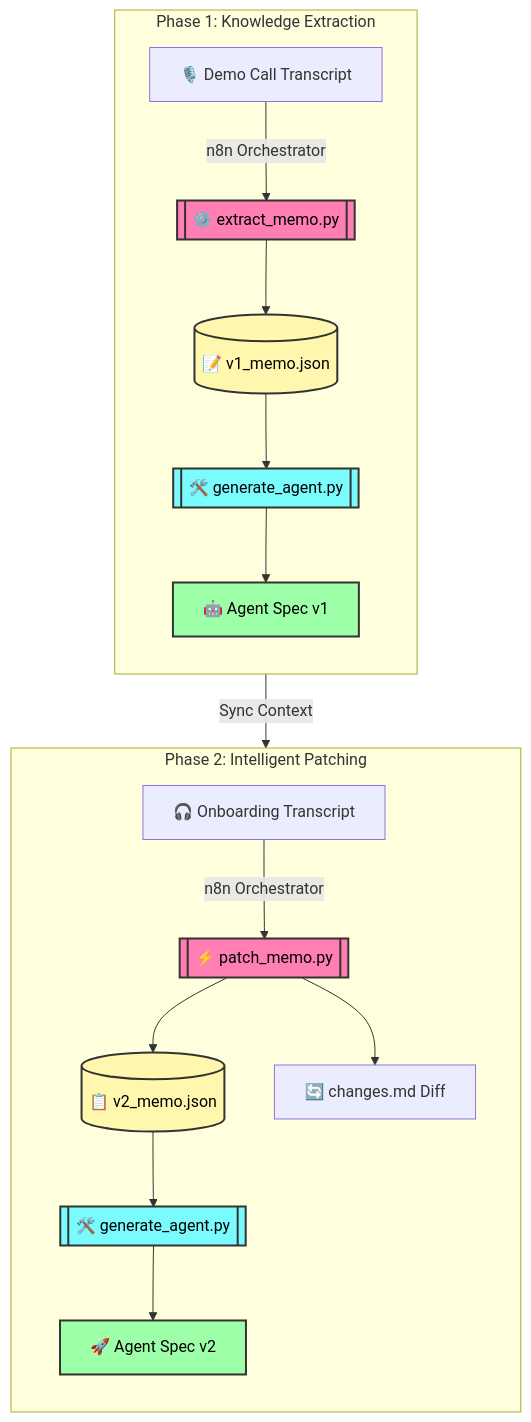
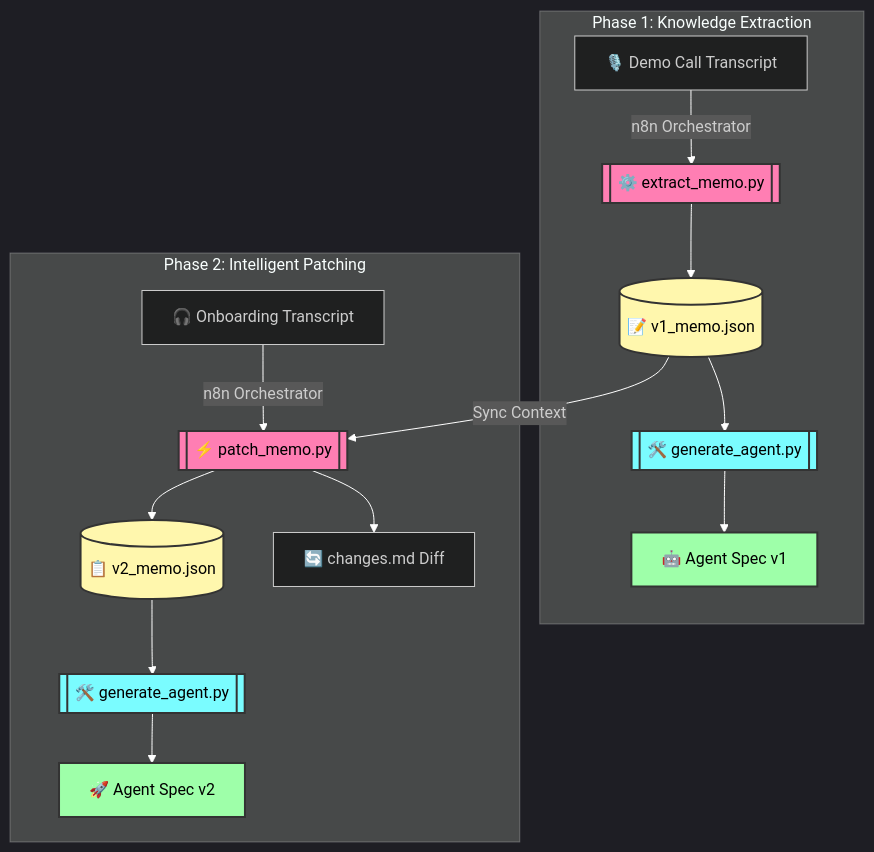
Before and after one commit to Jatin5760/clara-automation-pipeline: the diagram in README.md, drawn with Mermaid. The commit also changed other lines of this file, not shown here.

Commit message:
docs: add Audit Log section to Results Showcase and fix Mermaid contrast

````diff
--- a/README.md
+++ b/README.md
@@ -30,44 +30,43 @@
 ```mermaid
+%%{init: {'theme': 'dark', 'themeVariables': { 'background': '#000000', 'primaryTextColor': '#ffffff', 'lineColor': '#ffffff'}}}%%
 graph TD
     %% Node Definitions
     A1[🎙️ Demo Call Transcript]
     B1[[⚙️ extract_memo.py]]
     C1[(📝 v1_memo.json)]
     D1[[🛠️ generate_agent.py]]
     E1[🤖 Agent Spec v1]
 
     A2[🎧 Onboarding Transcript]
     B2[[⚡ patch_memo.py]]
     C2[(📋 v2_memo.json)]
     D2[🔄 changes.md Diff]
     E2[[🛠️ generate_agent.py]]
     F2[🚀 Agent Spec v2]
 
     subgraph "Phase 1: Knowledge Extraction"
-        direction TB
         A1 -->|n8n Orchestrator| B1
         B1 --> C1
         C1 --> D1
         D1 --> E1
     end
 
     subgraph "Phase 2: Intelligent Patching"
-        direction TB
         A2 -->|n8n Orchestrator| B2
         C1 -->|Sync Context| B2
         B2 --> C2
         B2 --> D2
         C2 --> E2
         E2 --> F2
     end
 
     %% Professional Styling
     style B1 fill:#ff7eb3,stroke:#333,stroke-width:2px,color:#000
     style B2 fill:#ff7eb3,stroke:#333,stroke-width:2px,color:#000
     style D1 fill:#7afcff,stroke:#333,stroke-width:2px,color:#000
     style E1 fill:#9effa9,stroke:#333,stroke-width:2px,color:#000
     style E2 fill:#7afcff,stroke:#333,stroke-width:2px,color:#000
     style F2 fill:#9effa9,stroke:#333,stroke-width:2px,color:#000
     style C1 fill:#fff7ad,stroke:#333,stroke-width:2px,color:#000
     style C2 fill:#fff7ad,stroke:#333,stroke-width:2px,color:#000
 ```
````
